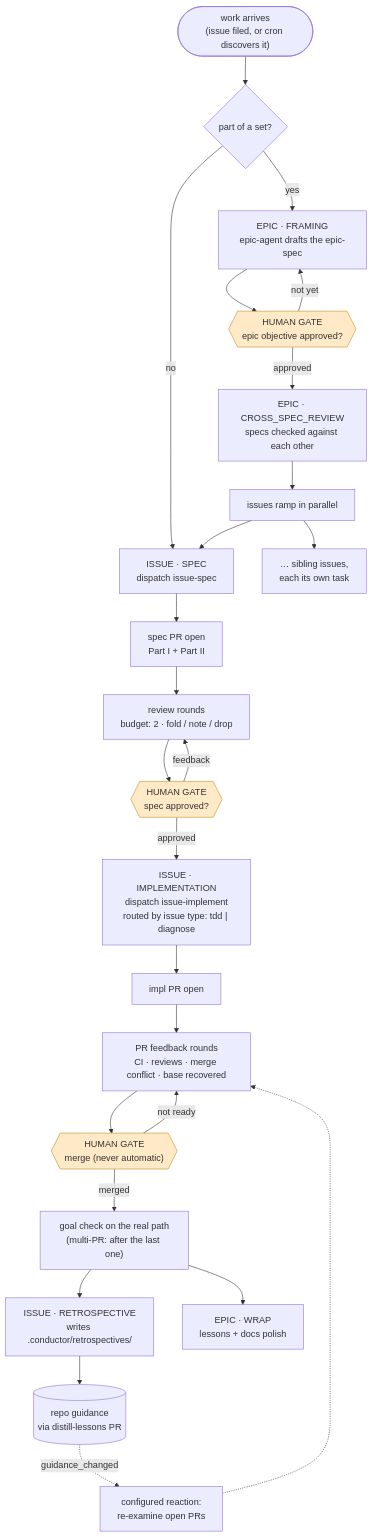
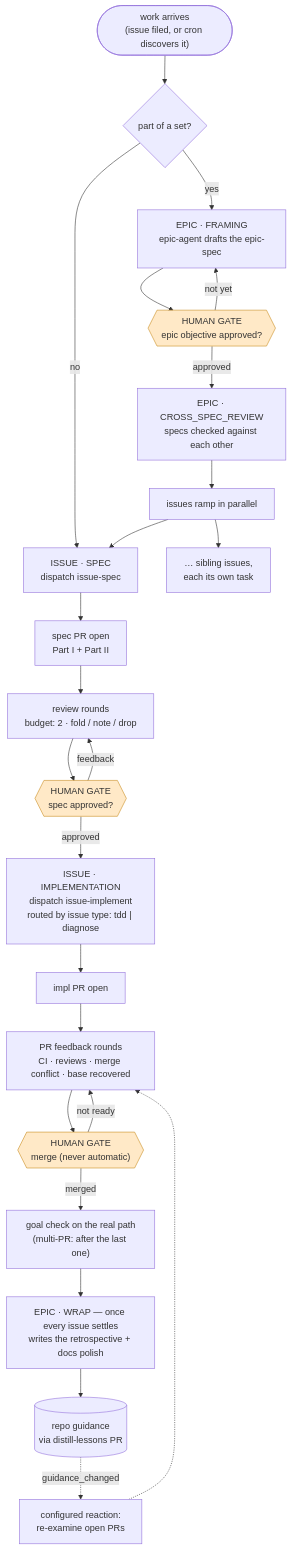
The second of 3 diagrams in docs/internal/design/conductor.md (fixpoint-labs/flow-state-dev), drawn with Mermaid before and after one commit. The commit also changed other lines of this file and 1 other file, not shown here.

````diff
--- a/docs/internal/design/conductor.md
+++ b/docs/internal/design/conductor.md
@@ -530,31 +536,30 @@
 ```mermaid
 flowchart TD
   START(["work arrives<br/>(issue filed, or cron discovers it)"]) --> EPICQ{part of a set?}
   EPICQ -->|no| SPEC
   EPICQ -->|yes| FRAME["EPIC · FRAMING<br/>epic-agent drafts the epic-spec"]
   FRAME --> EGATE{{"HUMAN GATE<br/>epic objective approved?"}}
   EGATE -->|not yet| FRAME
   EGATE -->|approved| XSPEC["EPIC · CROSS_SPEC_REVIEW<br/>specs checked against each other"]
   XSPEC --> RAMP[issues ramp in parallel]
   RAMP --> SPEC
   RAMP --> SPEC2["… sibling issues,<br/>each its own task"]
 
   SPEC["ISSUE · SPEC<br/>dispatch issue-spec"] --> SPR["spec PR open<br/>Part I + Part II"]
   SPR --> SROUND["review rounds<br/>budget: 2 · fold / note / drop"]
   SROUND --> SGATE{{"HUMAN GATE<br/>spec approved?"}}
   SGATE -->|feedback| SROUND
   SGATE -->|approved| IMPL["ISSUE · IMPLEMENTATION<br/>dispatch issue-implement<br/>routed by issue type: tdd | diagnose"]
   IMPL --> IPR[impl PR open]
   IPR --> IROUND["PR feedback rounds<br/>CI · reviews · merge conflict · base recovered"]
   IROUND --> MGATE{{"HUMAN GATE<br/>merge (never automatic)"}}
   MGATE -->|not ready| IROUND
   MGATE -->|merged| GOAL["goal check on the real path<br/>(multi-PR: after the last one)"]
-  GOAL --> RETRO["ISSUE · RETROSPECTIVE<br/>writes .conductor/retrospectives/"]
-  RETRO --> GD[("repo guidance<br/>via distill-lessons PR")]
+  GOAL --> WRAP["EPIC · WRAP — once every issue settles<br/>writes the retrospective + docs polish"]
+  WRAP --> GD[("repo guidance<br/>via distill-lessons PR")]
   GD -.->|"guidance_changed"| REEX["configured reaction:<br/>re-examine open PRs"]
   REEX -.-> IROUND
-  GOAL --> WRAP["EPIC · WRAP<br/>lessons + docs polish"]
 
   classDef gate fill:#ffe9c7,stroke:#c98a1b
   class EGATE,SGATE,MGATE gate
 ```
````
